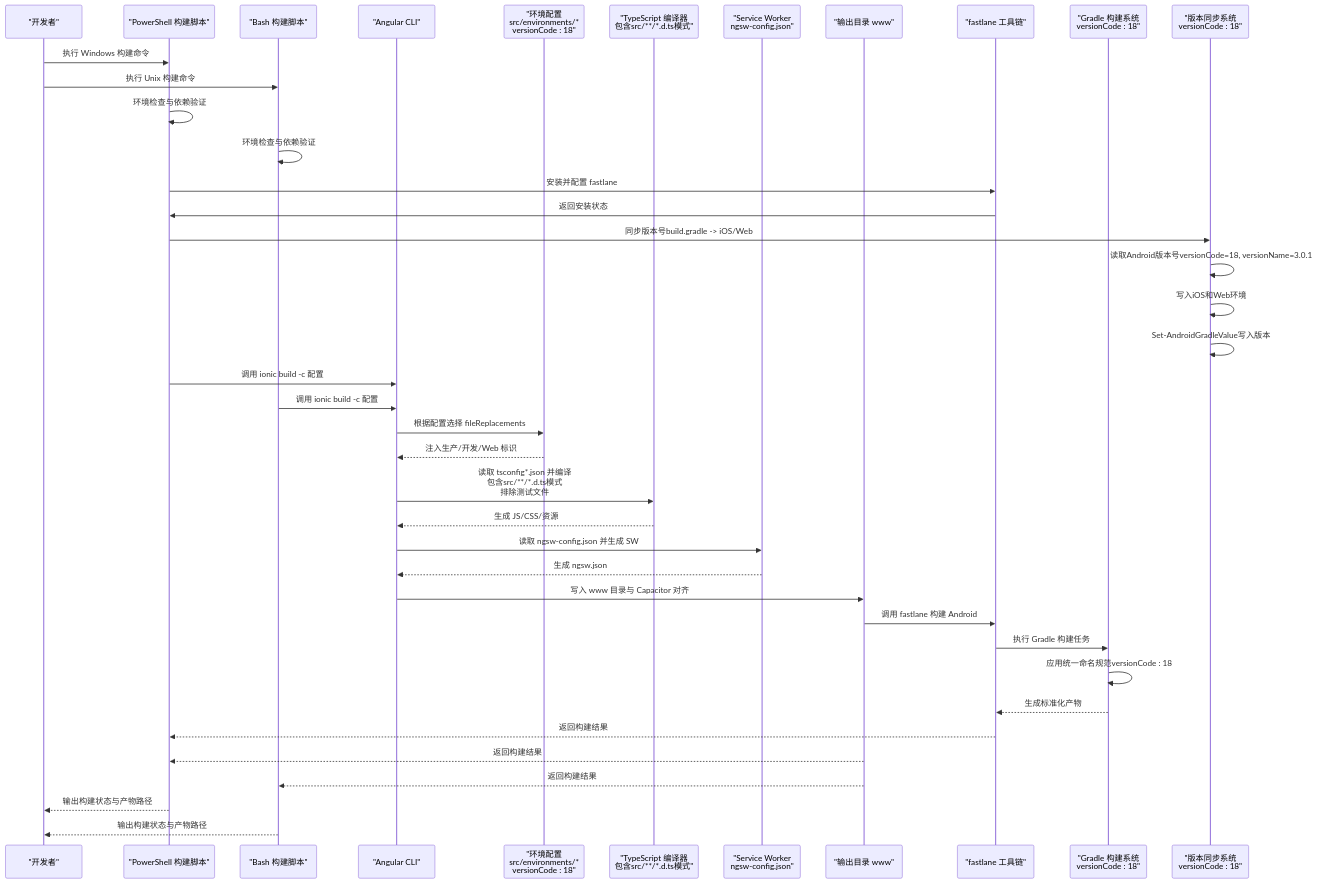
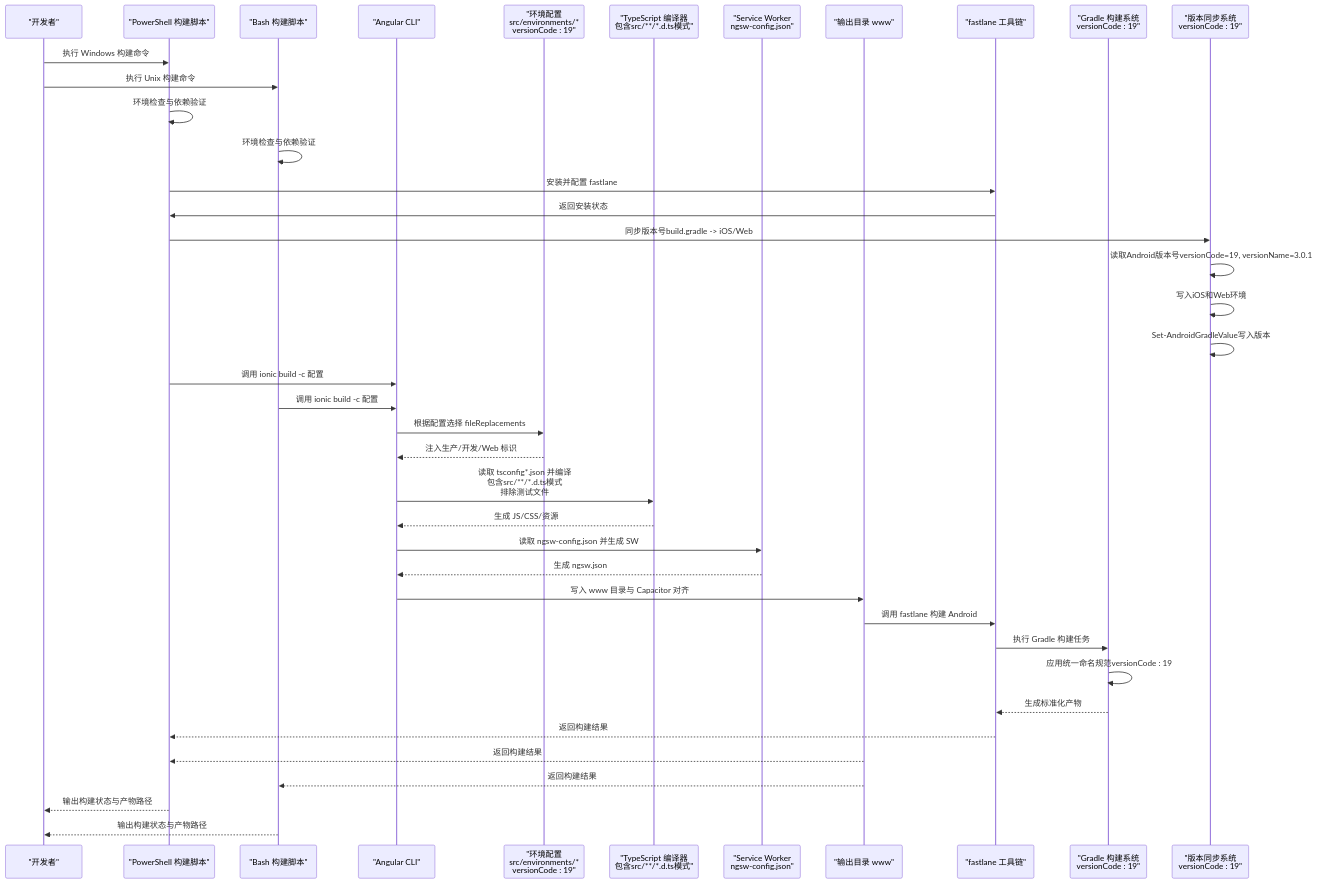
One commit to tea4go/Macro-Deck-Client-App changed the second of 6 diagrams in .qoder/repowiki/zh/content/构建与部署/构建配置.md. Above: the diagram before and after it, drawn with Mermaid. The commit also changed other lines of this file and 46 other files, not shown here.

````diff
--- a/.qoder/repowiki/zh/content/构建与部署/构建配置.md
+++ b/.qoder/repowiki/zh/content/构建与部署/构建配置.md
@@ -194,42 +194,42 @@
 ```mermaid
 sequenceDiagram
 participant Dev as "开发者"
 participant WinPS as "PowerShell 构建脚本"
 participant UnixSh as "Bash 构建脚本"
 participant CLI as "Angular CLI"
-participant Env as "环境配置<br/>src/environments/*<br/>versionCode : 18"
+participant Env as "环境配置<br/>src/environments/*<br/>versionCode : 19"
 participant TS as "TypeScript 编译器<br/>包含src/**/*.d.ts模式"
 participant SW as "Service Worker<br/>ngsw-config.json"
 participant Out as "输出目录 www"
 participant Fastlane as "fastlane 工具链"
-participant Gradle as "Gradle 构建系统<br/>versionCode : 18"
-participant VersionSync as "版本同步系统<br/>versionCode : 18"
+participant Gradle as "Gradle 构建系统<br/>versionCode : 19"
+participant VersionSync as "版本同步系统<br/>versionCode : 19"
 Dev->>WinPS : 执行 Windows 构建命令
 Dev->>UnixSh : 执行 Unix 构建命令
 WinPS->>WinPS : 环境检查与依赖验证
 UnixSh->>UnixSh : 环境检查与依赖验证
 WinPS->>Fastlane : 安装并配置 fastlane
 Fastlane->>WinPS : 返回安装状态
 WinPS->>VersionSync : 同步版本号build.gradle -> iOS/Web
-VersionSync->>VersionSync : 读取Android版本号versionCode=18, versionName=3.0.1
+VersionSync->>VersionSync : 读取Android版本号versionCode=19, versionName=3.0.1
 VersionSync->>VersionSync : 写入iOS和Web环境
 VersionSync->>VersionSync : Set-AndroidGradleValue写入版本
 WinPS->>CLI : 调用 ionic build -c 配置
 UnixSh->>CLI : 调用 ionic build -c 配置
 CLI->>Env : 根据配置选择 fileReplacements
 Env-->>CLI : 注入生产/开发/Web 标识
 CLI->>TS : 读取 tsconfig*.json 并编译<br/>包含src/**/*.d.ts模式<br/>排除测试文件
 TS-->>CLI : 生成 JS/CSS/资源
 CLI->>SW : 读取 ngsw-config.json 并生成 SW
 SW-->>CLI : 生成 ngsw.json
 CLI->>Out : 写入 www 目录与 Capacitor 对齐
 Out->>Fastlane : 调用 fastlane 构建 Android
 Fastlane->>Gradle : 执行 Gradle 构建任务
-Gradle->>Gradle : 应用统一命名规范versionCode : 18
+Gradle->>Gradle : 应用统一命名规范versionCode : 19
 Gradle-->>Fastlane : 生成标准化产物
 Fastlane-->>WinPS : 返回构建结果
 Out-->>WinPS : 返回构建结果
 Out-->>UnixSh : 返回构建结果
 WinPS-->>Dev : 输出构建状态与产物路径
 UnixSh-->>Dev : 输出构建状态与产物路径
 ```
````
